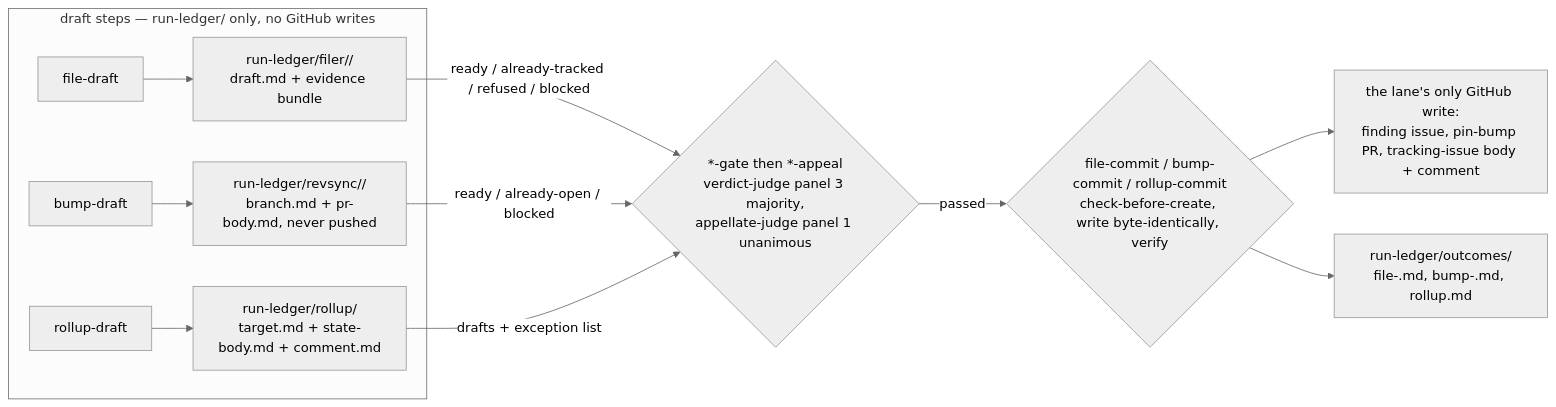
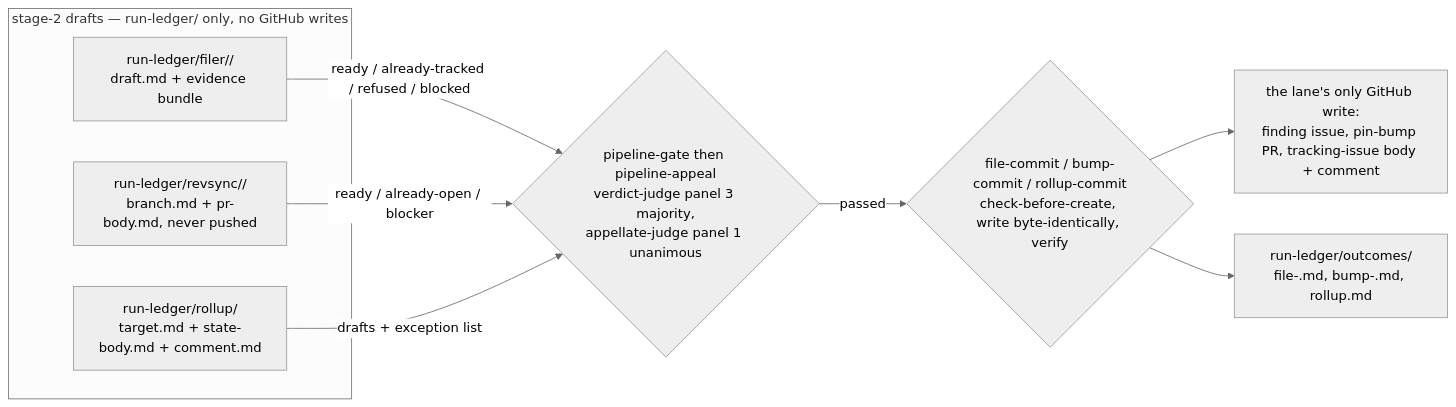
One commit to ahmedhosnypro/craft-libs-adoption changed diagram 12 of 12 in docs/workflow-diagrams.md. Above: the diagram before and after it, drawn with Mermaid (neutral theme). The commit also changed other lines of this file and 3 other files, not shown here.

First line of the commit message:
docs(scan): the diagrams and AGENTS.md describe the per-PR architecture

````diff
--- a/docs/workflow-diagrams.md
+++ b/docs/workflow-diagrams.md
@@ -367,14 +372,14 @@
 ```mermaid
 flowchart LR
-    subgraph drafts["draft steps — run-ledger/ only, no GitHub writes"]
-        FD["file-draft"] --> FO["run-ledger/filer/<slug>/<br/>draft.md + evidence bundle"]
-        BD["bump-draft"] --> BO["run-ledger/revsync/<slug>/<br/>branch.md + pr-body.md, never pushed"]
-        RD["rollup-draft"] --> RO["run-ledger/rollup/<br/>target.md + state-body.md + comment.md"]
+    subgraph drafts["stage-2 drafts — run-ledger/ only, no GitHub writes"]
+        FO["run-ledger/filer/<slug>/<br/>draft.md + evidence bundle"]
+        BO["run-ledger/revsync/<slug>/<br/>branch.md + pr-body.md, never pushed"]
+        RO["run-ledger/rollup/<br/>target.md + state-body.md + comment.md"]
     end
-    FO -->|"ready / already-tracked / refused / blocked"| G{"*-gate then *-appeal<br/>verdict-judge panel 3 majority,<br/>appellate-judge panel 1 unanimous"}
-    BO -->|"ready / already-open / blocked"| G
+    FO -->|"ready / already-tracked / refused / blocked"| G{"pipeline-gate then pipeline-appeal<br/>verdict-judge panel 3 majority,<br/>appellate-judge panel 1 unanimous"}
+    BO -->|"ready / already-open / blocker"| G
     RO -->|"drafts + exception list"| G
     G -->|"passed"| C{"file-commit / bump-commit / rollup-commit<br/>check-before-create, write byte-identically, verify"}
     C --> W["the lane's only GitHub write:<br/>finding issue, pin-bump PR, tracking-issue body + comment"]
     C --> OUT["run-ledger/outcomes/<br/>file-<slug>.md, bump-<slug>.md, rollup.md"]
 ```
````
